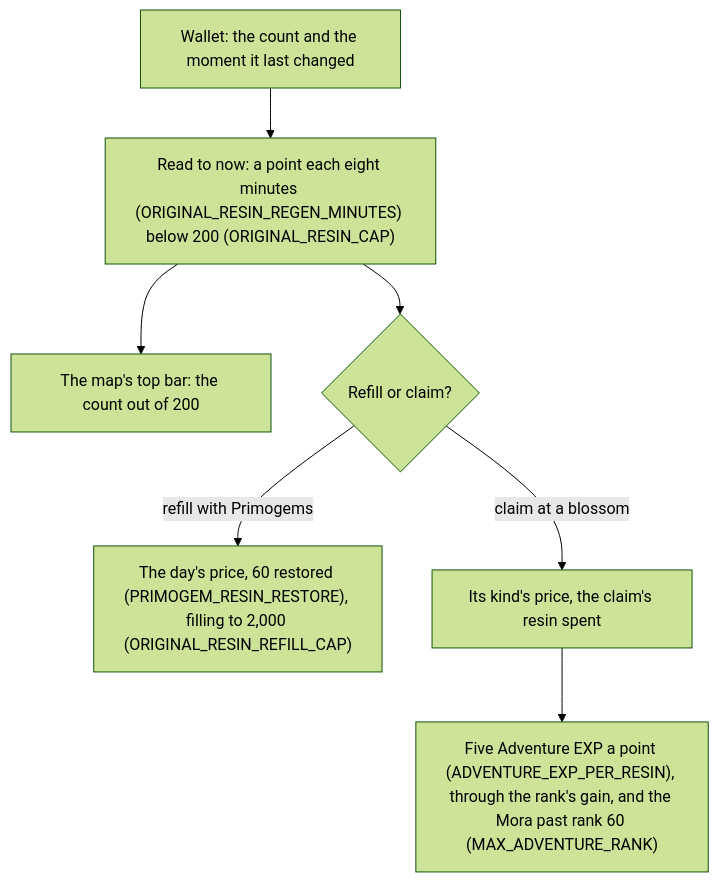
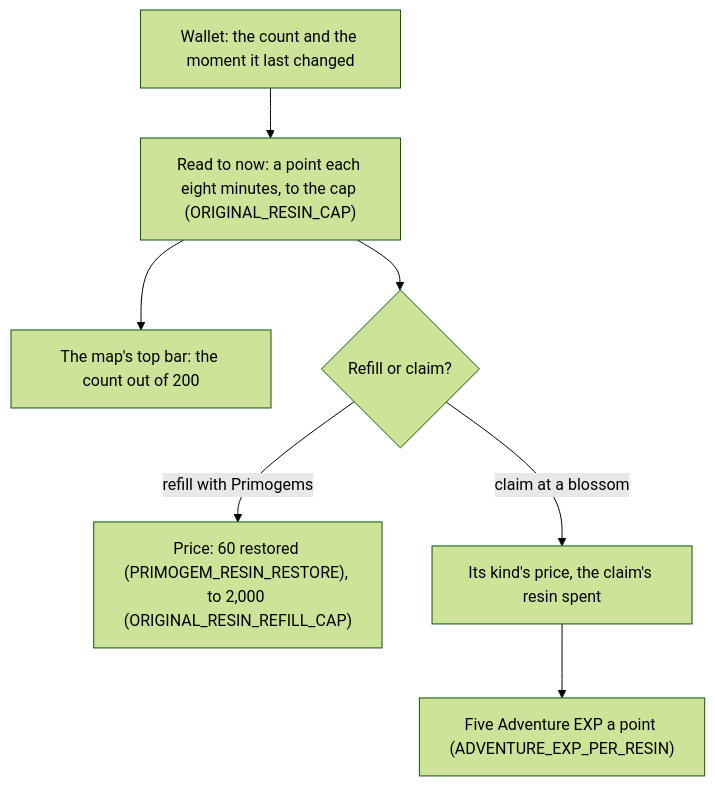
Before and after one commit to Esposter/Esposter: the diagram in openspec/specs/genshin/original-resin/design.md, drawn with Mermaid (forest theme). The commit also changed 2 other files, not shown here.

Commit message:
docs(openspec): keep three diagram labels to a name and one qualifier
Each label is a name plus at most one qualifier, with the constant it reads in
parentheses. The clauses dropped from the labels are already stated in the
pages' prose, so nothing a reader needs is lost from the diagrams.

Claude-Session: https://claude.ai/code/session_0145sUFhwMGbz6v5tzSgt1wS

````diff
--- a/openspec/specs/genshin/original-resin/design.md
+++ b/openspec/specs/genshin/original-resin/design.md
@@ -9,9 +9,9 @@
 ```mermaid
 flowchart TD
-  W["Wallet: the count and the moment it last changed"] --> R["Read to now: a point each eight minutes (ORIGINAL_RESIN_REGEN_MINUTES) below 200 (ORIGINAL_RESIN_CAP)"]
+  W["Wallet: the count and the moment it last changed"] --> R["Read to now: a point each eight minutes, to the cap (ORIGINAL_RESIN_CAP)"]
   R --> M["The map's top bar: the count out of 200"]
   R --> F{"Refill or claim?"}
-  F -->|"refill with Primogems"| P["The day's price, 60 restored (PRIMOGEM_RESIN_RESTORE), filling to 2,000 (ORIGINAL_RESIN_REFILL_CAP)"]
+  F -->|"refill with Primogems"| P["Price: 60 restored (PRIMOGEM_RESIN_RESTORE), to 2,000 (ORIGINAL_RESIN_REFILL_CAP)"]
   F -->|"claim at a blossom"| C["Its kind's price, the claim's resin spent"]
-  C --> X["Five Adventure EXP a point (ADVENTURE_EXP_PER_RESIN), through the rank's gain, and the Mora past rank 60 (MAX_ADVENTURE_RANK)"]
+  C --> X["Five Adventure EXP a point (ADVENTURE_EXP_PER_RESIN)"]
 ```
````
